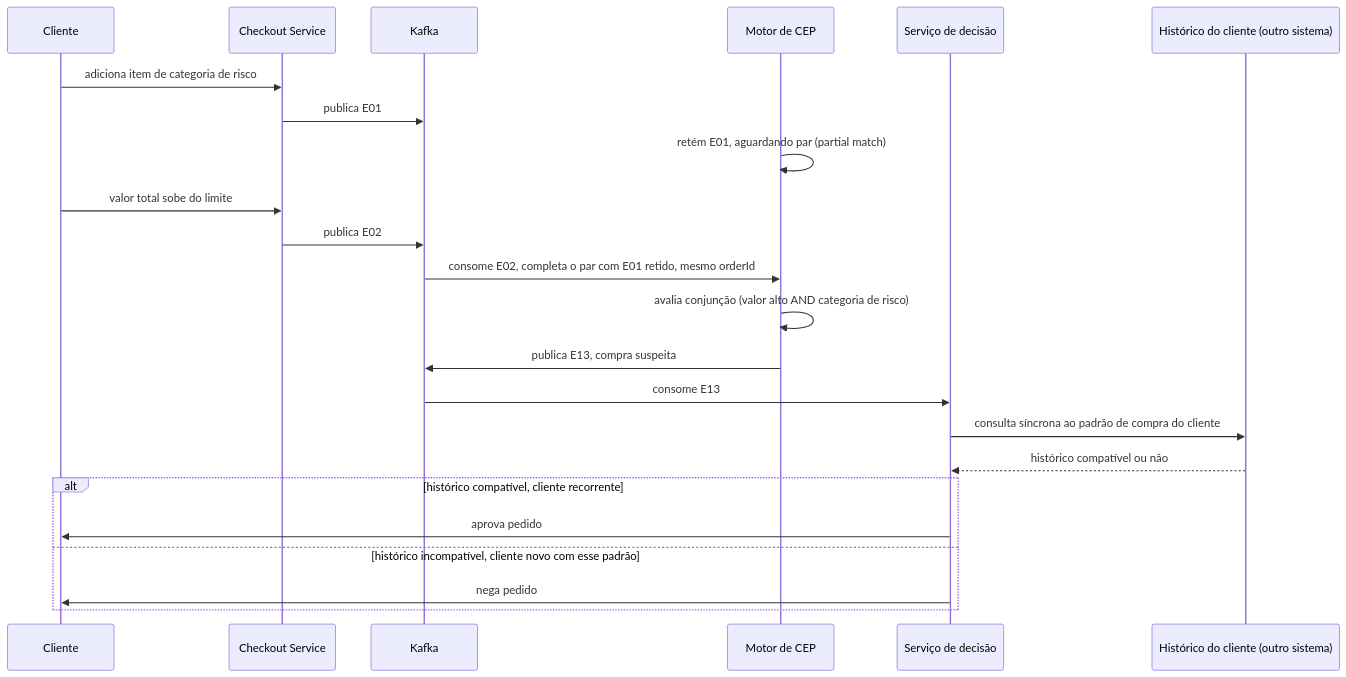
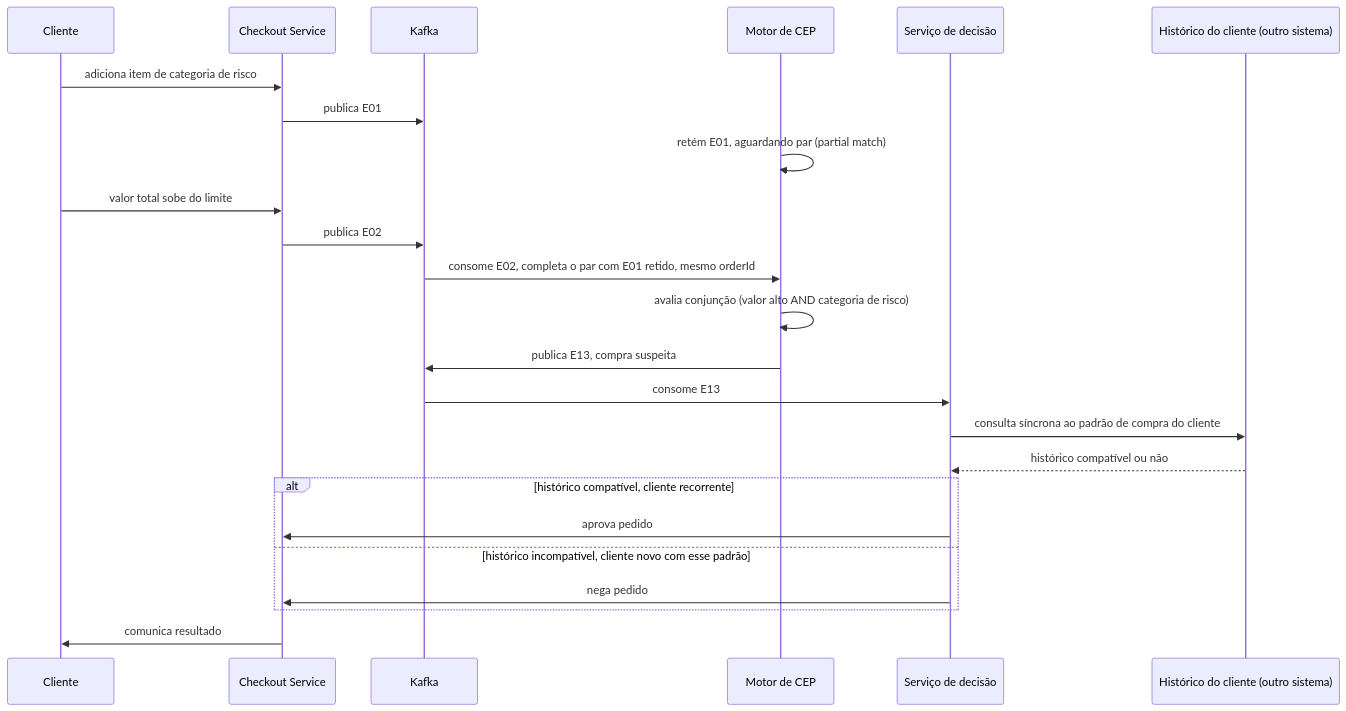
Before and after one commit to AndreLobo1/scsdscd: the fourth of 6 diagrams in ponderada-cep-antifraude.md, drawn with Mermaid. The commit also changed other lines of this file, not shown here.

````diff
--- a/ponderada-cep-antifraude.md
+++ b/ponderada-cep-antifraude.md
@@ -312,26 +271,27 @@
 ```mermaid
 sequenceDiagram
     participant Cliente
     participant Checkout as Checkout Service
     participant Kafka
     participant CEP as Motor de CEP
     participant Decisao as Serviço de decisão
     participant Historico as Histórico do cliente (outro sistema)
 
     Cliente->>Checkout: adiciona item de categoria de risco
     Checkout->>Kafka: publica E01
     CEP->>CEP: retém E01, aguardando par (partial match)
     Cliente->>Checkout: valor total sobe do limite
     Checkout->>Kafka: publica E02
     Kafka->>CEP: consome E02, completa o par com E01 retido, mesmo orderId
     CEP->>CEP: avalia conjunção (valor alto AND categoria de risco)
     CEP->>Kafka: publica E13, compra suspeita
     Kafka->>Decisao: consome E13
     Decisao->>Historico: consulta síncrona ao padrão de compra do cliente
     Historico-->>Decisao: histórico compatível ou não
     alt histórico compatível, cliente recorrente
-        Decisao->>Cliente: aprova pedido
+        Decisao->>Checkout: aprova pedido
     else histórico incompatível, cliente novo com esse padrão
-        Decisao->>Cliente: nega pedido
+        Decisao->>Checkout: nega pedido
     end
+    Checkout->>Cliente: comunica resultado
 ```
````
